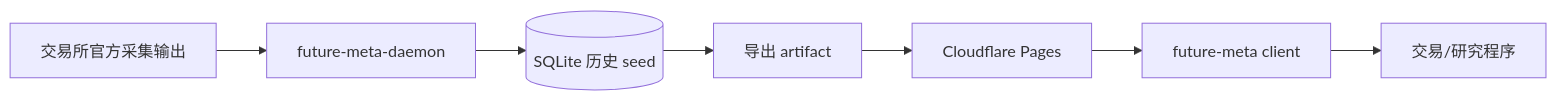
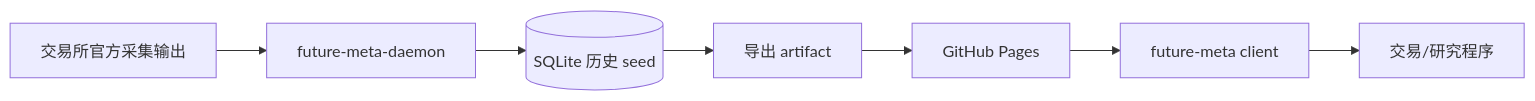
The diagram in README.md (zynthium/future-meta), drawn with Mermaid before and after one commit. The commit also changed other lines of this file and 19 other files, not shown here.

First line of the commit message:
feat!: move distribution to GitHub Pages

````diff
--- a/README.md
+++ b/README.md
@@ -26,9 +26,9 @@
 ```mermaid
 flowchart LR
     exchange[交易所官方采集输出] --> daemon[future-meta-daemon]
     daemon --> sqlite[(SQLite 历史 seed)]
     sqlite --> export[导出 artifact]
-    export --> pages[Cloudflare Pages]
+    export --> pages[GitHub Pages]
     pages --> client[future-meta client]
     client --> app[交易/研究程序]
 ```
````
